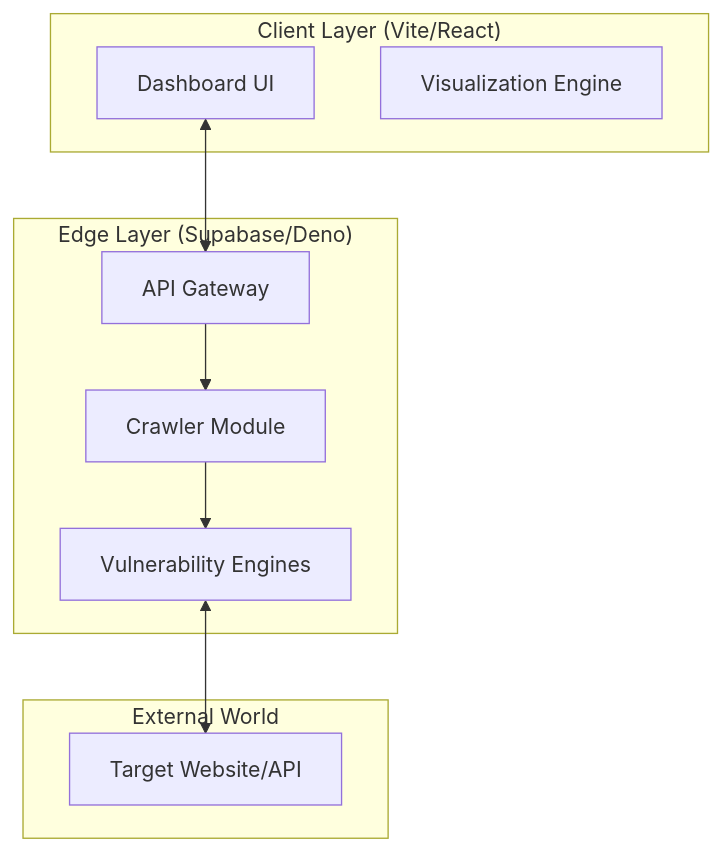
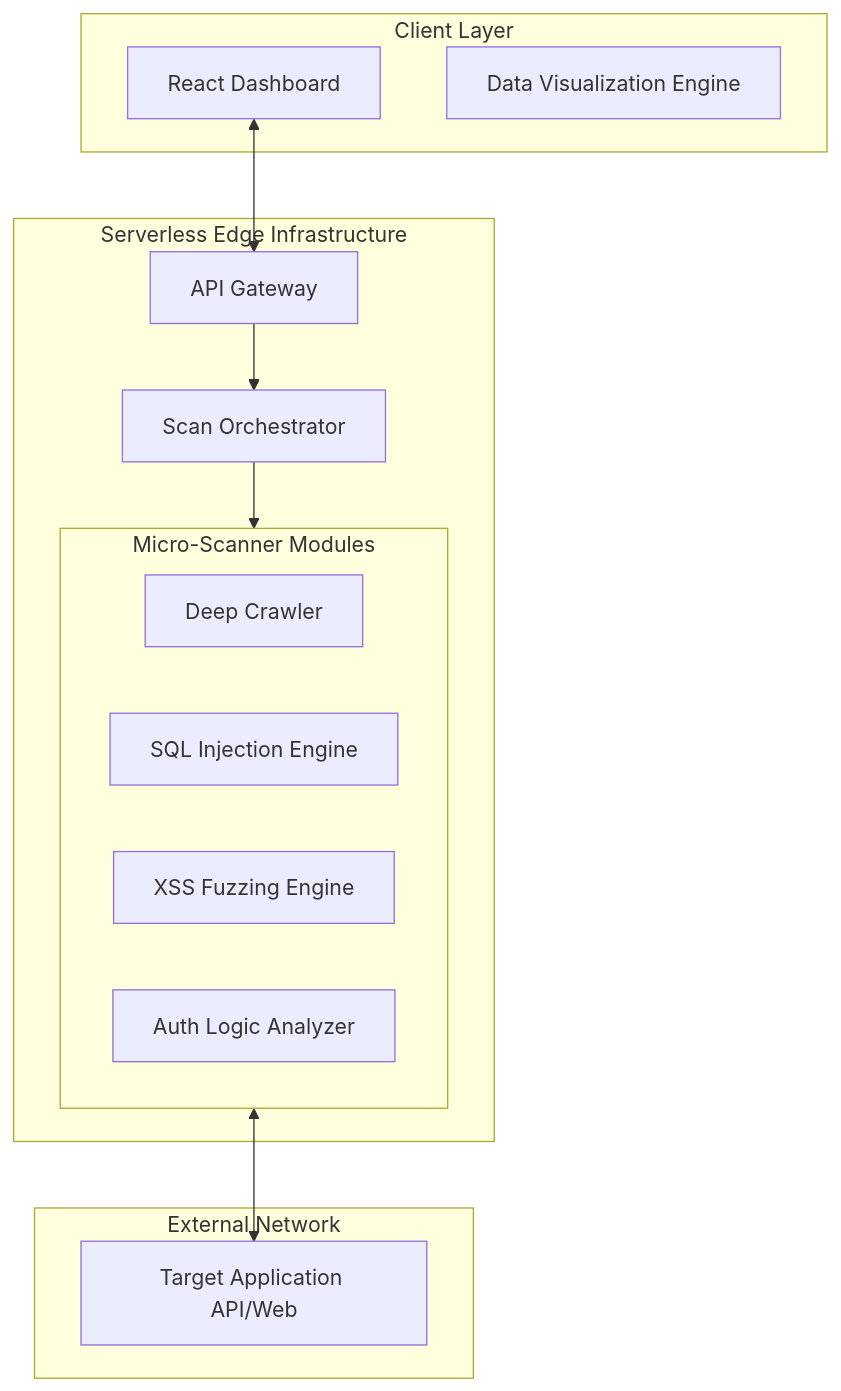
Before and after one commit to Armaan42/SentinelX: the third of 3 diagrams in README.md, drawn with Mermaid. The commit also changed other lines of this file, not shown here.

````diff
--- a/README.md
+++ b/README.md
@@ -78,22 +86,28 @@
 ```mermaid
 graph TB
-    subgraph Client ["Client Layer (Vite/React)"]
-        UI[Dashboard UI]
-        Chart[Visualization Engine]
+    subgraph Client_Layer [Client Layer]
+        UI[React Dashboard]
+        Viz[Data Visualization Engine]
     end
 
-    subgraph Edge ["Edge Layer (Supabase/Deno)"]
-        API[API Gateway]
-        Crawl[Crawler Module]
-        Scan[Vulnerability Engines]
+    subgraph Edge_Infrastructure [Serverless Edge Infrastructure]
+        Gateway[API Gateway]
+        Orchestrator[Scan Orchestrator]
+        
+        subgraph Micro_Scanners [Micro-Scanner Modules]
+            Crawler[Deep Crawler]
+            SQLi[SQL Injection Engine]
+            XSS[XSS Fuzzing Engine]
+            Auth[Auth Logic Analyzer]
+        end
     end
 
-    subgraph External ["External World"]
-        Target[Target Website/API]
+    subgraph External_Network [External Network]
+        Target[Target Application API/Web]
     end
 
-    UI <--> API
-    API --> Crawl
-    Crawl --> Scan
-    Scan <--> Target
+    UI <--> Gateway
+    Gateway --> Orchestrator
+    Orchestrator --> Micro_Scanners
+    Micro_Scanners <--> Target
 ```
````
